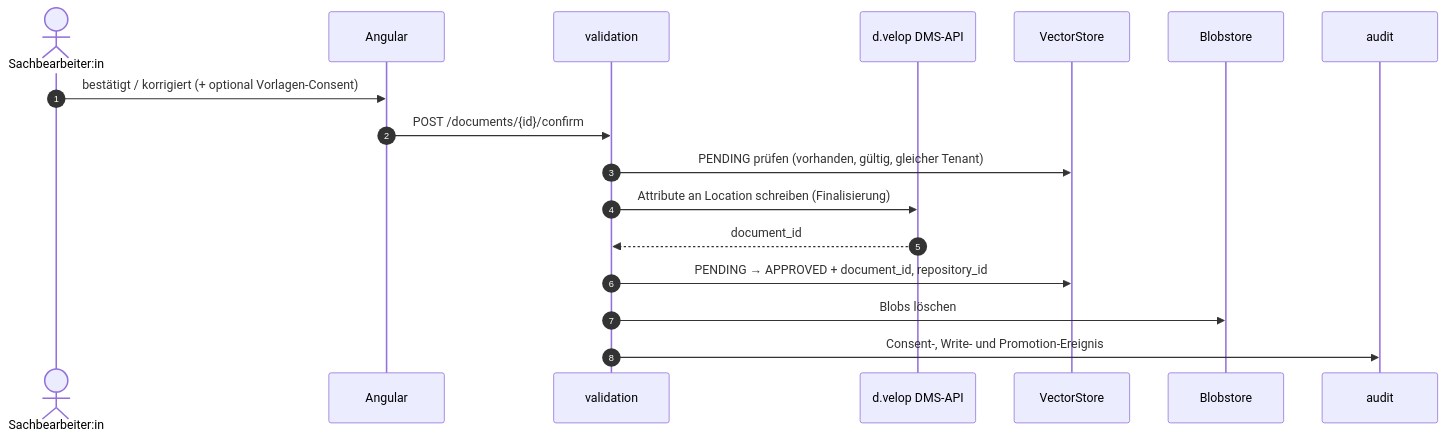
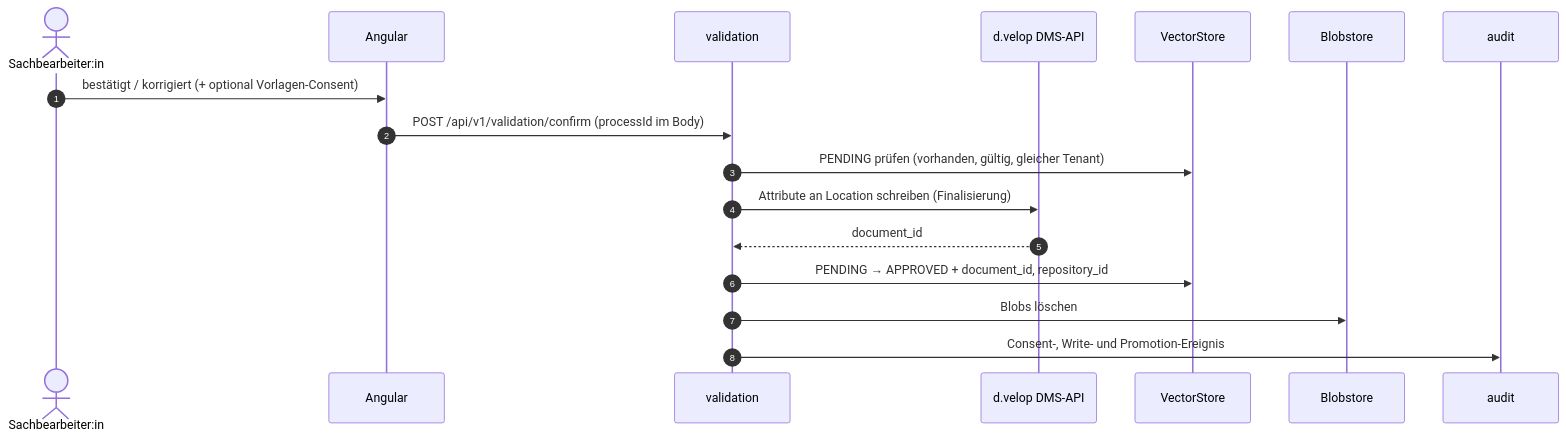
One commit to segjo/docextract changed the fifth of 7 diagrams in doc/ARCHITECTURE.md. Above: the diagram before and after it, drawn with Mermaid. The commit also changed other lines of this file and 21 other files, not shown here.

````diff
--- a/doc/ARCHITECTURE.md
+++ b/doc/ARCHITECTURE.md
@@ -441,20 +441,20 @@
 ```mermaid
 sequenceDiagram
     autonumber
     actor SB as Sachbearbeiter:in
     participant FE as Angular
     participant VAL as validation
     participant DMS as d.velop DMS-API
     participant VDB as VectorStore
     participant BLB as Blobstore
     participant AUD as audit
 
     SB->>FE: bestätigt / korrigiert (+ optional Vorlagen-Consent)
-    FE->>VAL: POST /documents/{id}/confirm
+    FE->>VAL: POST /api/v1/validation/confirm (processId im Body)
     VAL->>VDB: PENDING prüfen (vorhanden, gültig, gleicher Tenant)
     VAL->>DMS: Attribute an Location schreiben (Finalisierung)
     DMS-->>VAL: document_id
     VAL->>VDB: PENDING → APPROVED + document_id, repository_id
     VAL->>BLB: Blobs löschen
     VAL->>AUD: Consent-, Write- und Promotion-Ereignis
 ```
````
